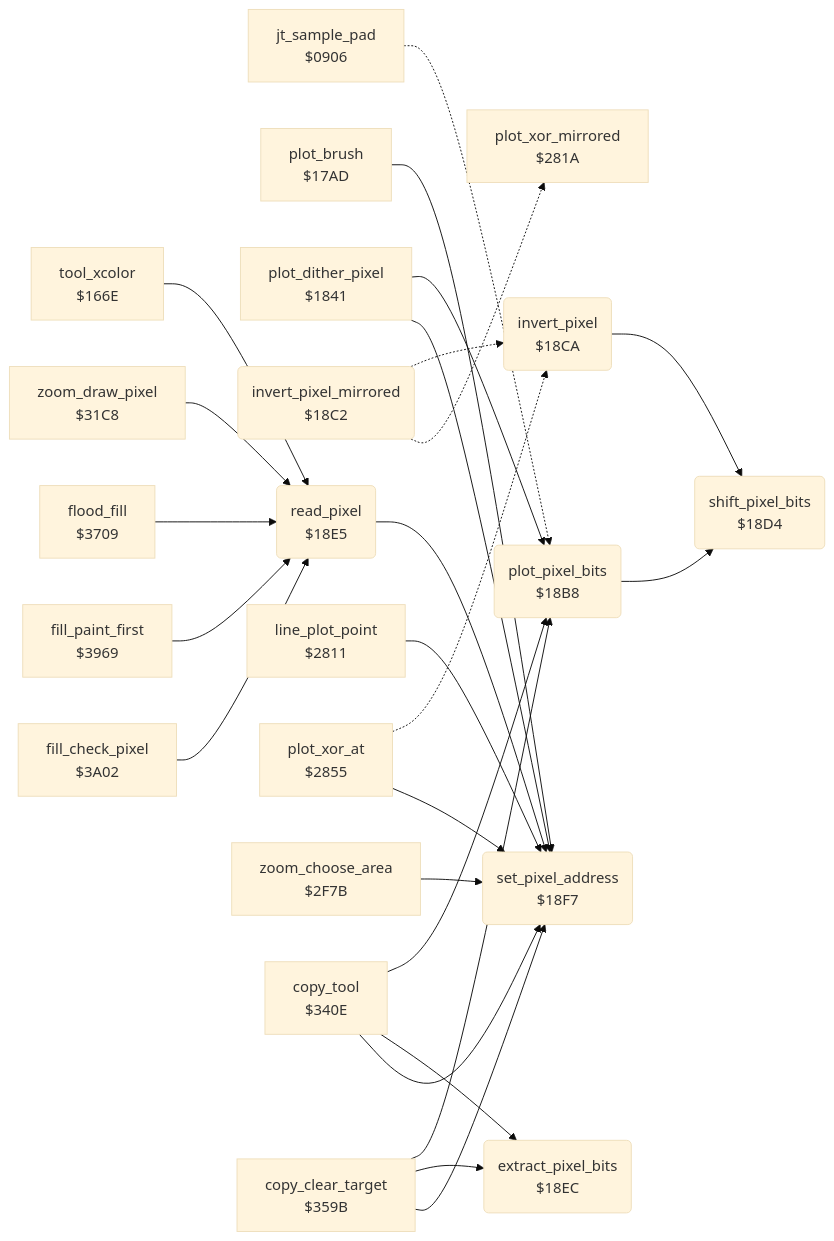
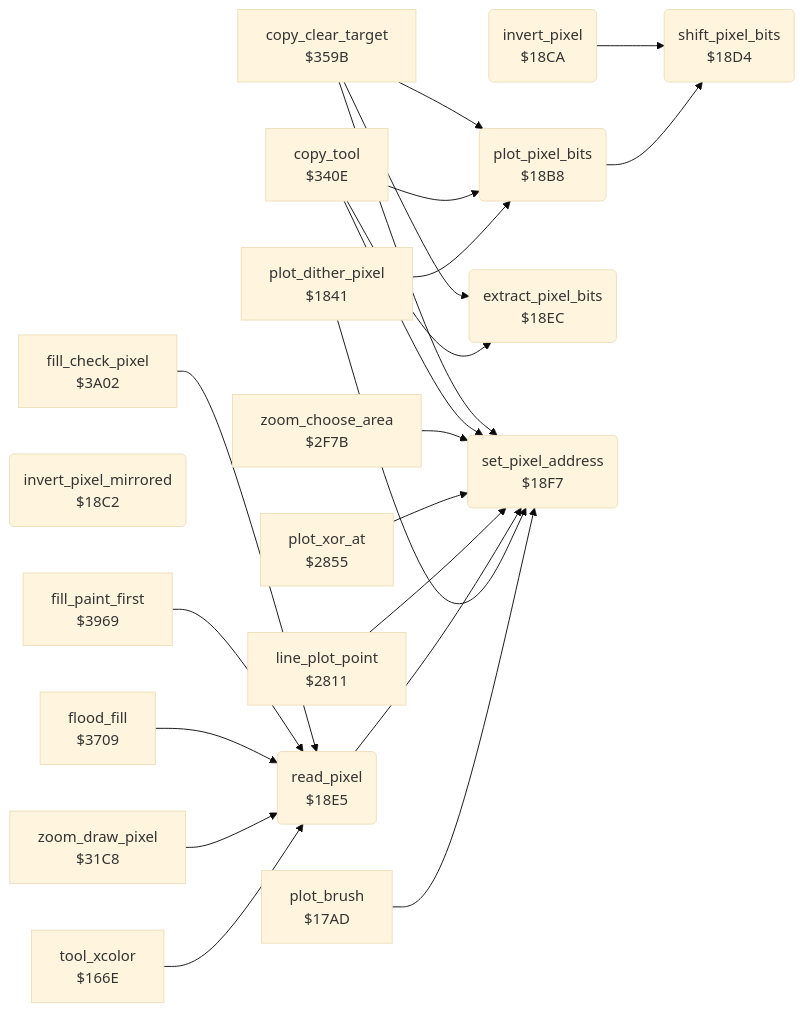
Before and after one commit to henols/c64_games: the diagram in koala_painter/v2/docs/reference/modules/graphics/pixel.md, drawn with Mermaid (base theme). The commit also changed other lines of this file and 1100 other files, not shown here.

````diff
--- a/koala_painter/v2/docs/reference/modules/graphics/pixel.md
+++ b/koala_painter/v2/docs/reference/modules/graphics/pixel.md
@@ -10,48 +29,42 @@
 ```mermaid
 flowchart LR
-  n0906["jt_sample_pad<br/>$0906"]
   n166e["tool_xcolor<br/>$166E"]
   n17ad["plot_brush<br/>$17AD"]
   n1841["plot_dither_pixel<br/>$1841"]
   n18b8("plot_pixel_bits<br/>$18B8")
   n18c2("invert_pixel_mirrored<br/>$18C2")
   n18ca("invert_pixel<br/>$18CA")
   n18d4("shift_pixel_bits<br/>$18D4")
   n18e5("read_pixel<br/>$18E5")
   n18ec("extract_pixel_bits<br/>$18EC")
   n18f7("set_pixel_address<br/>$18F7")
   n2811["line_plot_point<br/>$2811"]
-  n281a["plot_xor_mirrored<br/>$281A"]
   n2855["plot_xor_at<br/>$2855"]
   n2f7b["zoom_choose_area<br/>$2F7B"]
   n31c8["zoom_draw_pixel<br/>$31C8"]
   n340e["copy_tool<br/>$340E"]
   n359b["copy_clear_target<br/>$359B"]
   n3709["flood_fill<br/>$3709"]
   n3969["fill_paint_first<br/>$3969"]
   n3a02["fill_check_pixel<br/>$3A02"]
-  n0906 -.-> n18b8
   n166e --> n18e5
   n17ad --> n18f7
   n1841 --> n18b8
   n1841 --> n18f7
   n18b8 --> n18d4
-  n18c2 -.-> n18ca
-  n18c2 -.-> n281a
   n18ca --> n18d4
   n18e5 --> n18f7
   n2811 --> n18f7
-  n2855 -.-> n18ca
   n2855 --> n18f7
   n2f7b --> n18f7
   n31c8 --> n18e5
   n340e --> n18b8
   n340e --> n18ec
   n340e --> n18f7
   n359b --> n18b8
   n359b --> n18ec
   n359b --> n18f7
   n3709 --> n18e5
   n3969 --> n18e5
   n3a02 --> n18e5
 ```
````
